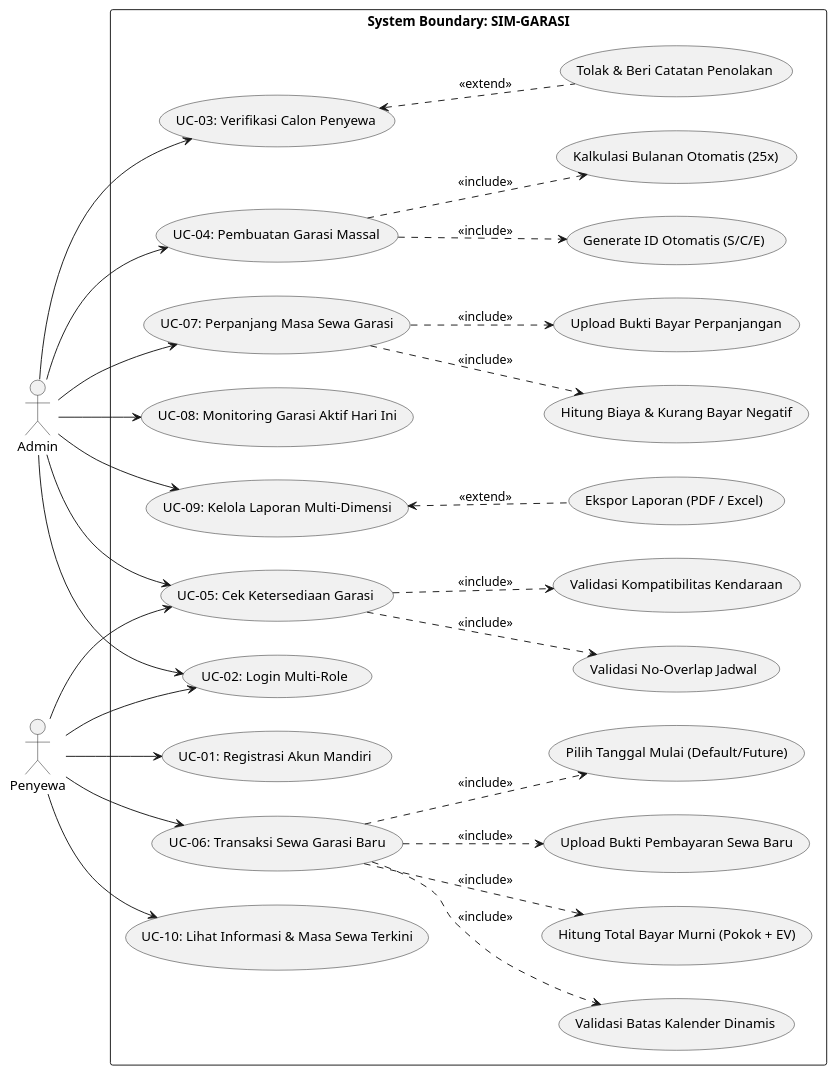
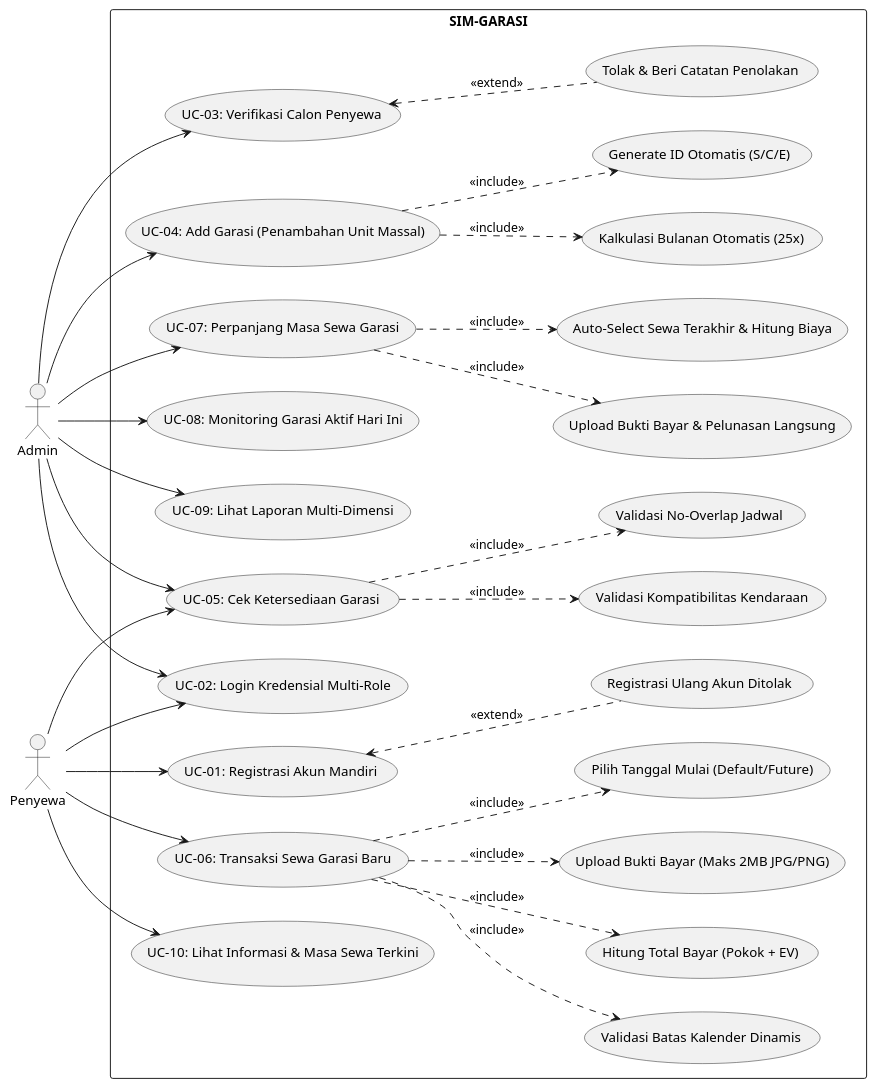
Before and after one commit to rachelletjndr/GarageRent: the second of 5 diagrams in docs/Software_Design_Document_SIM_Garasi.md, drawn with PlantUML. The commit also changed other lines of this file and 117 other files, not shown here.

Commit message:
feat: complete implementation of SIM-Garasi system, full test suite, and final certification report

````diff
--- a/docs/Software_Design_Document_SIM_Garasi.md
+++ b/docs/Software_Design_Document_SIM_Garasi.md
@@ -149,66 +164,66 @@
 ```plantuml
 @startuml
 left to right direction
 skinparam packageStyle rectangle
 
 actor "Admin" as admin
 actor "Penyewa" as penyewa
 
-rectangle "System Boundary: SIM-GARASI" {
+rectangle "SIM-GARASI" {
   usecase "UC-01: Registrasi Akun Mandiri" as UC01
-  usecase "UC-02: Login Multi-Role" as UC02
+  usecase "Registrasi Ulang Akun Ditolak" as UC01_Ext
+  usecase "UC-02: Login Kredensial Multi-Role" as UC02
   usecase "UC-03: Verifikasi Calon Penyewa" as UC03
   usecase "Tolak & Beri Catatan Penolakan" as UC03_Ext
   
-  usecase "UC-04: Pembuatan Garasi Massal" as UC04
+  usecase "UC-04: Add Garasi (Penambahan Unit Massal)" as UC04
   usecase "Generate ID Otomatis (S/C/E)" as UC04_Inc1
   usecase "Kalkulasi Bulanan Otomatis (25x)" as UC04_Inc2
   
   usecase "UC-05: Cek Ketersediaan Garasi" as UC05
   usecase "Validasi Kompatibilitas Kendaraan" as UC05_Inc1
   usecase "Validasi No-Overlap Jadwal" as UC05_Inc2
   
   usecase "UC-06: Transaksi Sewa Garasi Baru" as UC06
   usecase "Pilih Tanggal Mulai (Default/Future)" as UC06_Inc1
   usecase "Validasi Batas Kalender Dinamis" as UC06_Inc2
-  usecase "Hitung Total Bayar Murni (Pokok + EV)" as UC06_Inc3
-  usecase "Upload Bukti Pembayaran Sewa Baru" as UC06_Inc4
+  usecase "Hitung Total Bayar (Pokok + EV)" as UC06_Inc3
+  usecase "Upload Bukti Bayar (Maks 2MB JPG/PNG)" as UC06_Inc4
   
   usecase "UC-07: Perpanjang Masa Sewa Garasi" as UC07
-  usecase "Hitung Biaya & Kurang Bayar Negatif" as UC07_Inc1
-  usecase "Upload Bukti Bayar Perpanjangan" as UC07_Inc2
+  usecase "Auto-Select Sewa Terakhir & Hitung Biaya" as UC07_Inc1
+  usecase "Upload Bukti Bayar & Pelunasan Langsung" as UC07_Inc2
   
   usecase "UC-08: Monitoring Garasi Aktif Hari Ini" as UC08
-  usecase "UC-09: Kelola Laporan Multi-Dimensi" as UC09
-  usecase "Ekspor Laporan (PDF / Excel)" as UC09_Ext
+  usecase "UC-09: Lihat Laporan Multi-Dimensi" as UC09
   usecase "UC-10: Lihat Informasi & Masa Sewa Terkini" as UC10
 }
 
 penyewa --> UC01
 penyewa --> UC02
 penyewa --> UC05
 penyewa --> UC06
 penyewa --> UC10
 
 admin --> UC02
 admin --> UC03
 admin --> UC04
 admin --> UC05
 admin --> UC07
 admin --> UC08
 admin --> UC09
 
+UC01 <.. UC01_Ext : <<extend>>
 UC03 <.. UC03_Ext : <<extend>>
 UC04 ..> UC04_Inc1 : <<include>>
 UC04 ..> UC04_Inc2 : <<include>>
 UC05 ..> UC05_Inc1 : <<include>>
 UC05 ..> UC05_Inc2 : <<include>>
 UC06 ..> UC06_Inc1 : <<include>>
 UC06 ..> UC06_Inc2 : <<include>>
 UC06 ..> UC06_Inc3 : <<include>>
 UC06 ..> UC06_Inc4 : <<include>>
 UC07 ..> UC07_Inc1 : <<include>>
 UC07 ..> UC07_Inc2 : <<include>>
-UC09 <.. UC09_Ext : <<extend>>
 @enduml
 ```
````
